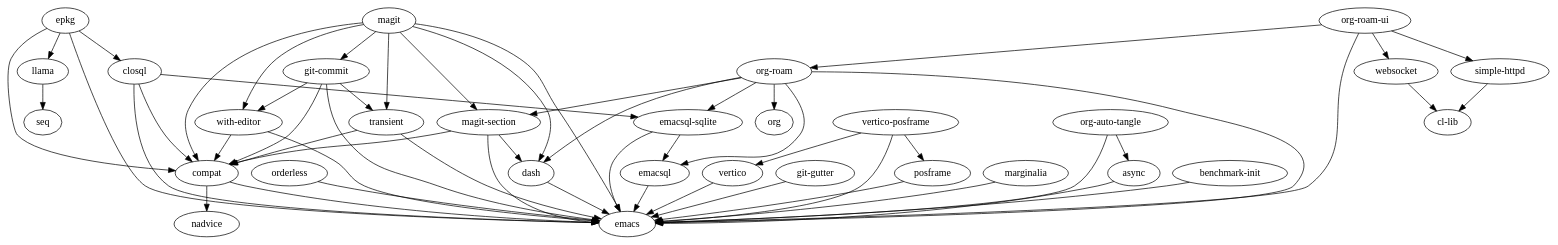
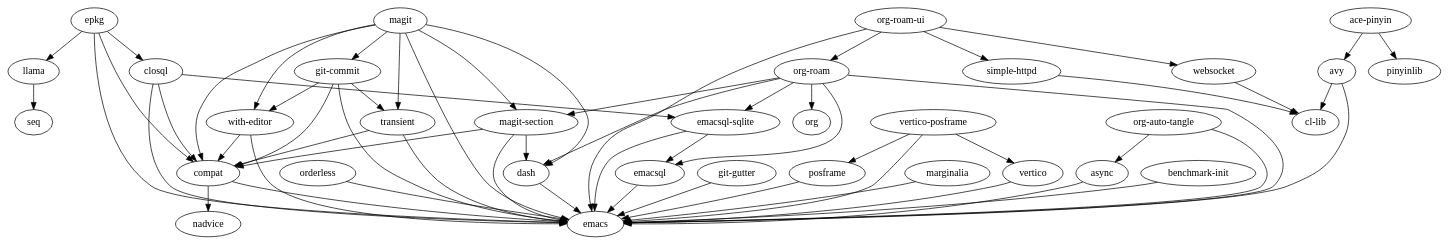
Before and after one commit to suliveevil/emacs.d: the diagram in assets/emacs-package-dependency.dot, drawn with Graphviz. The commit also changed 14 other files, not shown here.

Commit message:
avy + ace-pinyin

```diff
--- a/assets/emacs-package-dependency.dot
+++ b/assets/emacs-package-dependency.dot
@@ -1,57 +1,61 @@
 digraph G {"epkg" -> "emacs";
 "epkg" -> "compat";
 "epkg" -> "closql";
 "epkg" -> "llama";
 "emacsql" -> "emacs";
 "websocket" -> "cl-lib";
 "orderless" -> "emacs";
 "transient" -> "emacs";
 "transient" -> "compat";
 "org-roam" -> "emacs";
 "org-roam" -> "dash";
 "org-roam" -> "org";
 "org-roam" -> "emacsql";
 "org-roam" -> "emacsql-sqlite";
 "org-roam" -> "magit-section";
 "posframe" -> "emacs";
 "magit" -> "emacs";
 "magit" -> "compat";
 "magit" -> "dash";
 "magit" -> "git-commit";
 "magit" -> "magit-section";
 "magit" -> "transient";
 "magit" -> "with-editor";
 "vertico" -> "emacs";
+"ace-pinyin" -> "avy";
+"ace-pinyin" -> "pinyinlib";
 "magit-section" -> "emacs";
 "magit-section" -> "compat";
 "magit-section" -> "dash";
 "compat" -> "emacs";
 "compat" -> "nadvice";
 "simple-httpd" -> "cl-lib";
 "git-gutter" -> "emacs";
 "dash" -> "emacs";
 "closql" -> "emacs";
 "closql" -> "compat";
 "closql" -> "emacsql-sqlite";
 "with-editor" -> "emacs";
 "with-editor" -> "compat";
 "git-commit" -> "emacs";
 "git-commit" -> "compat";
 "git-commit" -> "transient";
 "git-commit" -> "with-editor";
 "async" -> "emacs";
+"avy" -> "emacs";
+"avy" -> "cl-lib";
 "vertico-posframe" -> "emacs";
 "vertico-posframe" -> "posframe";
 "vertico-posframe" -> "vertico";
 "marginalia" -> "emacs";
 "org-auto-tangle" -> "emacs";
 "org-auto-tangle" -> "async";
 "org-roam-ui" -> "emacs";
 "org-roam-ui" -> "org-roam";
 "org-roam-ui" -> "simple-httpd";
 "org-roam-ui" -> "websocket";
 "emacsql-sqlite" -> "emacs";
 "emacsql-sqlite" -> "emacsql";
 "benchmark-init" -> "emacs";
 "llama" -> "seq";
 }
```
